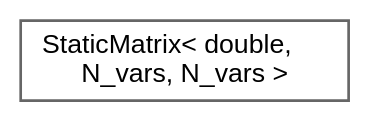
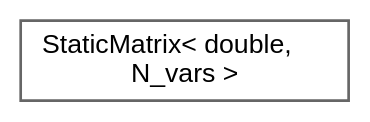
The diagram in inherit_graph_79.dot (jswoo0615/Algorithms_for_Optimization_cpp), drawn with Graphviz before and after one commit. The commit also changed 78 other files, not shown here.

```diff
--- a/inherit_graph_79.dot
+++ b/inherit_graph_79.dot
@@ -1,9 +1,9 @@
 digraph "Graphical Class Hierarchy"
 {
  // LATEX_PDF_SIZE
   bgcolor="transparent";
   edge [fontname=Helvetica,fontsize=10,labelfontname=Helvetica,labelfontsize=10];
   node [fontname=Helvetica,fontsize=10,shape=box,height=0.2,width=0.4];
   rankdir="LR";
-  Node0 [id="Node000000",label="StaticMatrix\< double,\l N_vars, N_vars \>",height=0.2,width=0.4,color="grey40", fillcolor="white", style="filled",URL="$classStaticMatrix.html",tooltip=" "];
+  Node0 [id="Node000000",label="StaticMatrix\< double,\l N_vars \>",height=0.2,width=0.4,color="grey40", fillcolor="white", style="filled",URL="$classStaticMatrix.html",tooltip=" "];
 }
```
